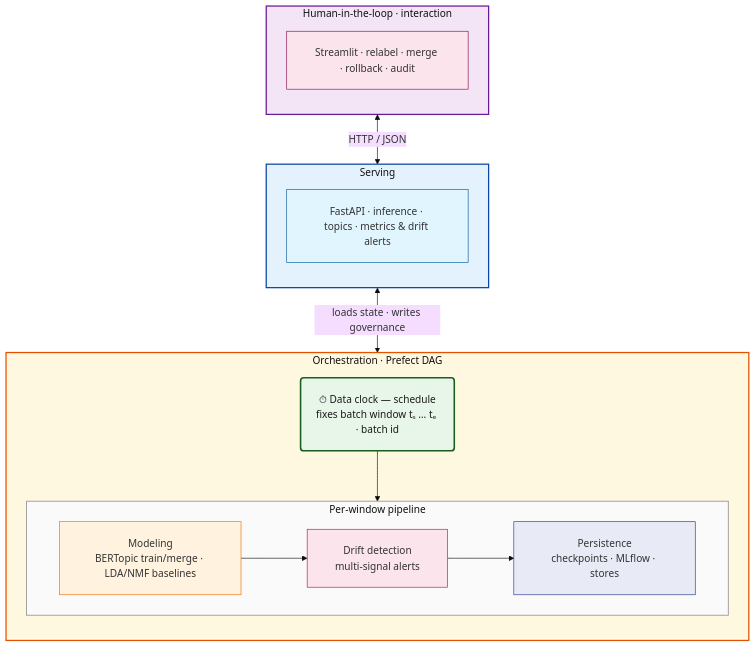
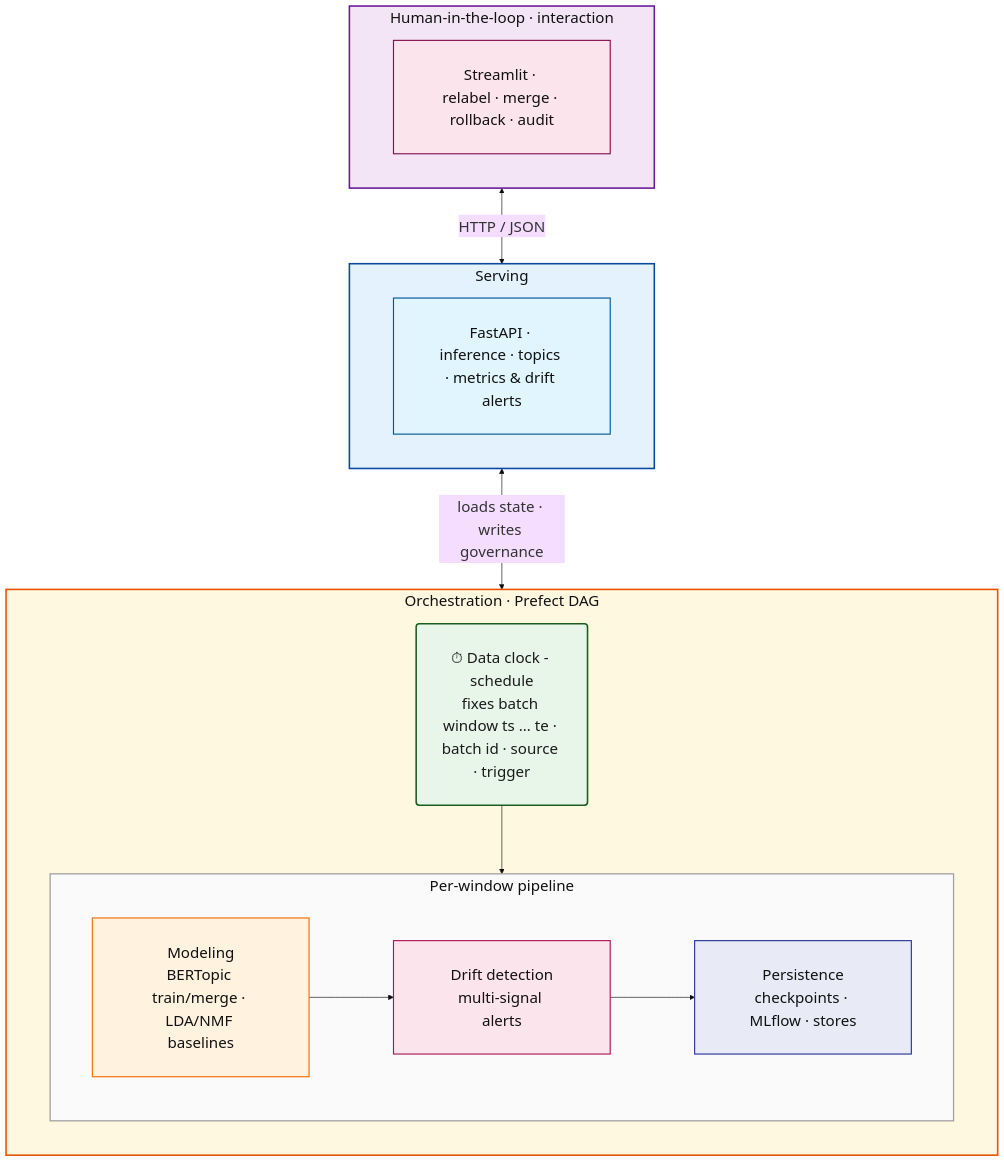
One commit to krishnagajera45/Online-BERTopic-with-Human-in-the-Loop-for-Customer-Support-Insights changed the diagram in report/figures/fig1-layered-architecture.mmd. Above: the diagram before and after it, drawn with Mermaid. The commit also changed 11 other files, not shown here.

Commit message:
Update report figures and content: added new figures, revised algorithm section, and improved figure descriptions for clarity. Updated references to figures in the text and enhanced the overall layout of the report.

```diff
--- a/report/figures/fig1-layered-architecture.mmd
+++ b/report/figures/fig1-layered-architecture.mmd
@@ -1,45 +1,45 @@
 %% Figure: layered architecture (matches main.tex Figure~\ref{fig:architecture})
 %% Render: npx @mermaid-js/mermaid-cli -i fig1-layered-architecture.mmd -o fig1-layered-architecture.svg
 %% Or paste at https://mermaid.live
-%%{init: {"theme": "base", "flowchart": {"curve": "basis", "padding": 22, "nodeSpacing": 45, "rankSpacing": 55}}}%%
+%%{init: {"theme": "base", "themeVariables": {"fontSize": "24px", "fontFamily": "Arial, Helvetica, sans-serif", "lineHeight": "1.45"}, "flowchart": {"curve": "basis", "padding": 36, "nodeSpacing": 120, "rankSpacing": 84, "useMaxWidth": false, "htmlLabels": true}}}%%
 flowchart TB
-    subgraph L1["Human-in-the-loop · interaction"]
+    subgraph L1["Human-in-the-loop · interaction          "]
         direction TB
         H["Streamlit · relabel · merge · rollback · audit"]
     end
+    subgraph L2["Serving                                      "]
 
-    subgraph L2["Serving"]
         direction TB
         S["FastAPI · inference · topics · metrics & drift alerts"]
     end
 
-    subgraph L3["Orchestration · Prefect DAG"]
+    subgraph L3["Orchestration · Prefect DAG                 "]
         direction TB
 
-        DC("⏱ Data clock — schedule\nfixes batch window tₛ … tₑ · batch id")
+        DC("⏱ Data clock - schedule<br/>fixes batch window ts ... te · batch id · source · trigger")
         style DC fill:#e8f5e9,stroke:#1b5e20,stroke-width:2.5px,color:#1b1b1b
 
         subgraph PIPE["Per-window pipeline"]
             direction LR
-            M["Modeling\nBERTopic train/merge · LDA/NMF baselines"]
-            D["Drift detection\nmulti-signal alerts"]
-            P["Persistence\ncheckpoints · MLflow · stores"]
+            M["Modeling<br/>BERTopic train/merge · LDA/NMF baselines"]
+            D["Drift detection<br/>multi-signal alerts"]
+            P["Persistence<br/>checkpoints · MLflow · stores"]
         end
 
         DC --> M
         M --> D
         D --> P
     end
 
     L1 <-->|"HTTP / JSON"| L2
     L2 <-->|"loads state · writes governance"| L3
 
-    style L1 fill:#f3e5f5,stroke:#6a1b9a,stroke-width:2px,color:#111
-    style L2 fill:#e3f2fd,stroke:#0d47a1,stroke-width:2px,color:#111
-    style L3 fill:#fff8e1,stroke:#e65100,stroke-width:2px,color:#111
-    style PIPE fill:#fafafa,stroke:#9e9e9e,stroke-width:1.5px,color:#111
-    style H fill:#fce4ec,stroke:#880e4f,stroke-width:1px
-    style S fill:#e1f5fe,stroke:#01579b,stroke-width:1px
-    style M fill:#fff3e0,stroke:#ef6c00,stroke-width:1px
-    style D fill:#fce4ec,stroke:#ad1457,stroke-width:1px
-    style P fill:#e8eaf6,stroke:#283593,stroke-width:1px
+    style L1 fill:#f3e5f5,stroke:#6a1b9a,stroke-width:2.5px,color:#111
+    style L2 fill:#e3f2fd,stroke:#0d47a1,stroke-width:2.5px,color:#111
+    style L3 fill:#fff8e1,stroke:#e65100,stroke-width:2.5px,color:#111
+    style PIPE fill:#fafafa,stroke:#9e9e9e,stroke-width:2px,color:#111
+    style H fill:#fce4ec,stroke:#880e4f,stroke-width:1.8px,color:#111
+    style S fill:#e1f5fe,stroke:#01579b,stroke-width:1.8px,color:#111
+    style M fill:#fff3e0,stroke:#ef6c00,stroke-width:1.8px,color:#111
+    style D fill:#fce4ec,stroke:#ad1457,stroke-width:1.8px,color:#111
+    style P fill:#e8eaf6,stroke:#283593,stroke-width:1.8px,color:#111
```
